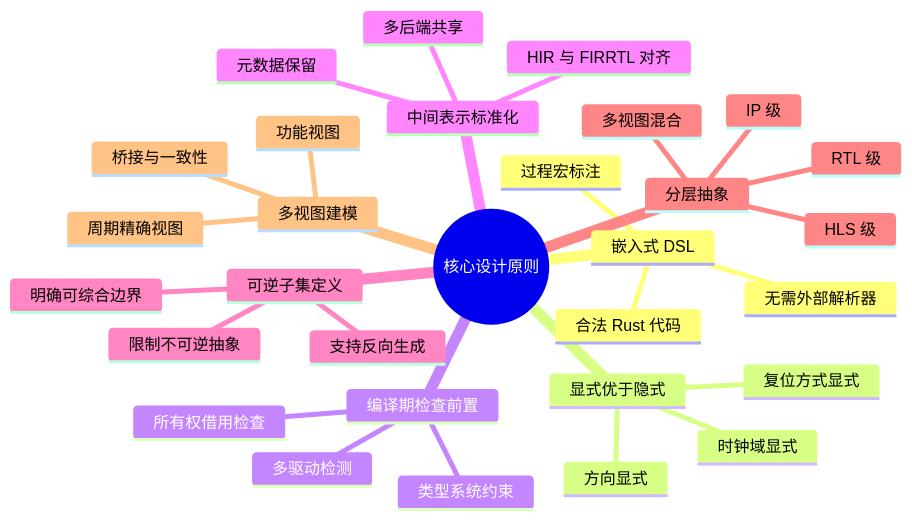
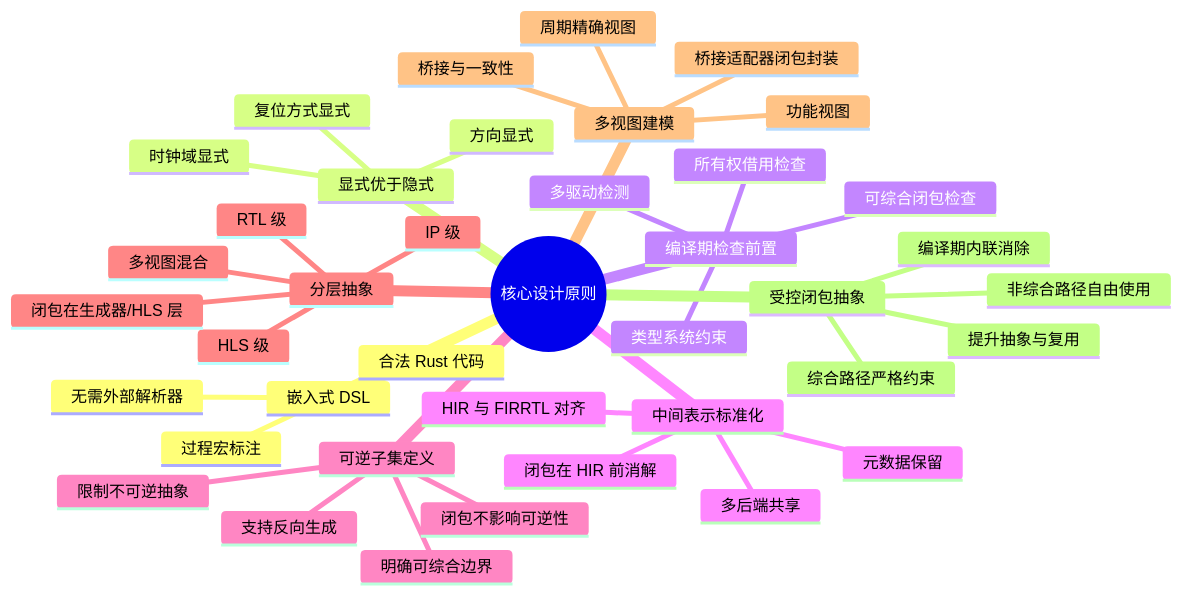
Before and after one commit to TangCan/bitloom: the first of 13 diagrams in docs/requirements/3. 核心设计原则.md, drawn with Mermaid. The commit also changed other lines of this file and 17 other files, not shown here.

````diff
--- a/docs/requirements/3. 核心设计原则.md
+++ b/docs/requirements/3. 核心设计原则.md
@@ -9,34 +7,43 @@
 ```mermaid
 mindmap
   root((核心设计原则))
     嵌入式 DSL
       合法 Rust 代码
       过程宏标注
       无需外部解析器
     显式优于隐式
       时钟域显式
       方向显式
       复位方式显式
     编译期检查前置
       类型系统约束
       所有权借用检查
       多驱动检测
+      可综合闭包检查
     中间表示标准化
       HIR 与 FIRRTL 对齐
       元数据保留
       多后端共享
+      闭包在 HIR 前消解
     可逆子集定义
       明确可综合边界
       限制不可逆抽象
       支持反向生成
+      闭包不影响可逆性
     分层抽象
       RTL 级
       HLS 级
       IP 级
       多视图混合
+      闭包在生成器/HLS 层
     多视图建模
       功能视图
       周期精确视图
       桥接与一致性
-
+      桥接适配器闭包封装
+    受控闭包抽象
+      非综合路径自由使用
+      综合路径严格约束
+      编译期内联消除
+      提升抽象与复用
 ```
````
